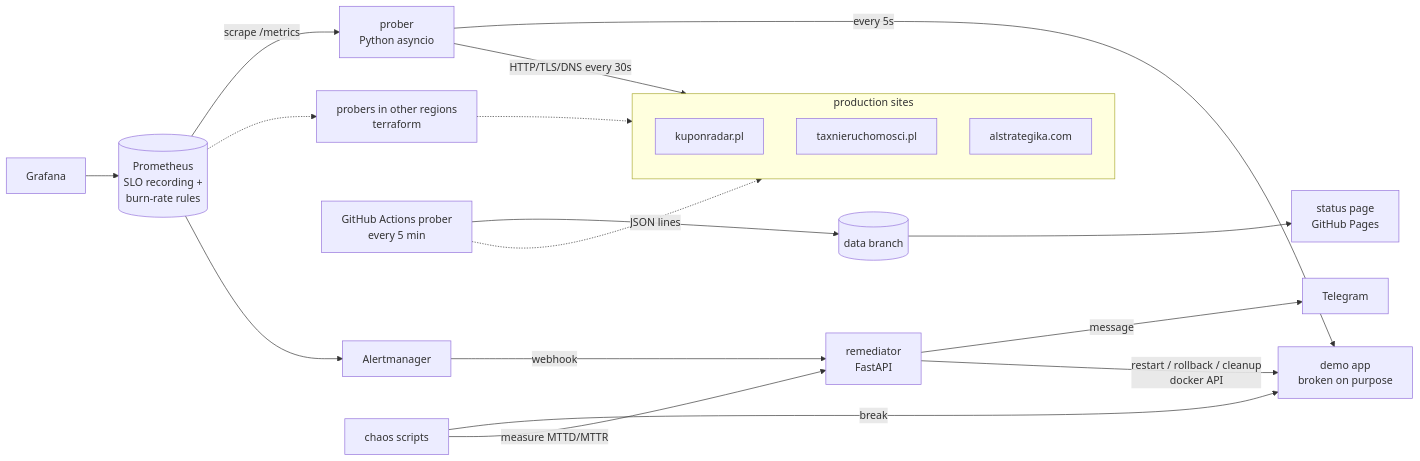
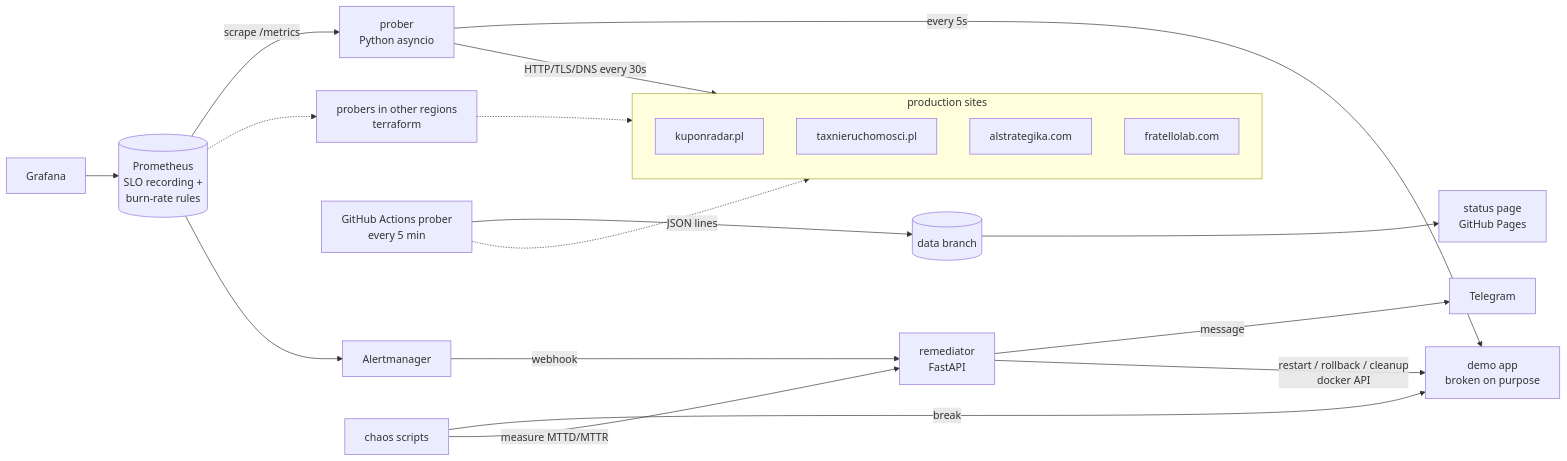
The diagram in README.md (swiadre/sitewatch), drawn with Mermaid before and after one commit. The commit also changed other lines of this file and 8 other files, not shown here.

Commit message:
monitor fratellolab.com too

````diff
--- a/README.md
+++ b/README.md
@@ -58,27 +58,28 @@
 ```mermaid
 flowchart LR
     subgraph sites[production sites]
         K[kuponradar.pl]
         T[taxnieruchomosci.pl]
         A[alstrategika.com]
+        F[fratellolab.com]
     end
 
     D[demo app<br/>broken on purpose]
 
     P[prober<br/>Python asyncio] -->|HTTP/TLS/DNS every 30s| sites
     P -->|every 5s| D
     PR[probers in other regions<br/>terraform] -.-> sites
     GH[GitHub Actions prober<br/>every 5 min] -->|JSON lines| DB[(data branch)]
     GH -.-> sites
     DB --> SP[status page<br/>GitHub Pages]
 
     PROM[(Prometheus<br/>SLO recording +<br/>burn-rate rules)] -->|scrape /metrics| P
     PROM -.-> PR
     PROM --> AM[Alertmanager]
     AM -->|webhook| R[remediator<br/>FastAPI]
     R -->|message| TG[Telegram]
     R -->|restart / rollback / cleanup<br/>docker API| D
     G[Grafana] --> PROM
     C[chaos scripts] -->|break| D
     C -->|measure MTTD/MTTR| R
 ```
````
